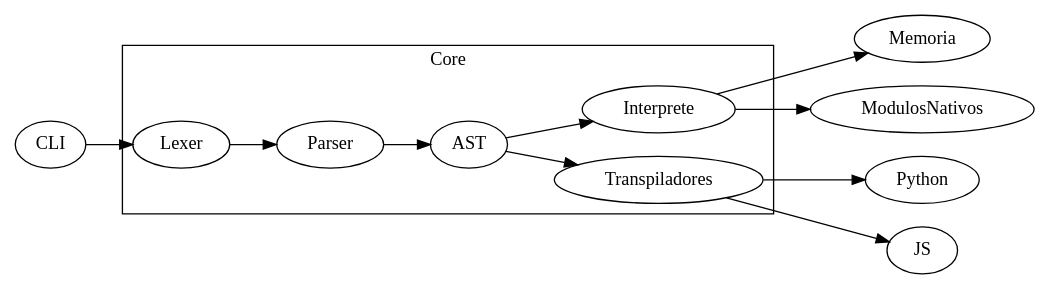
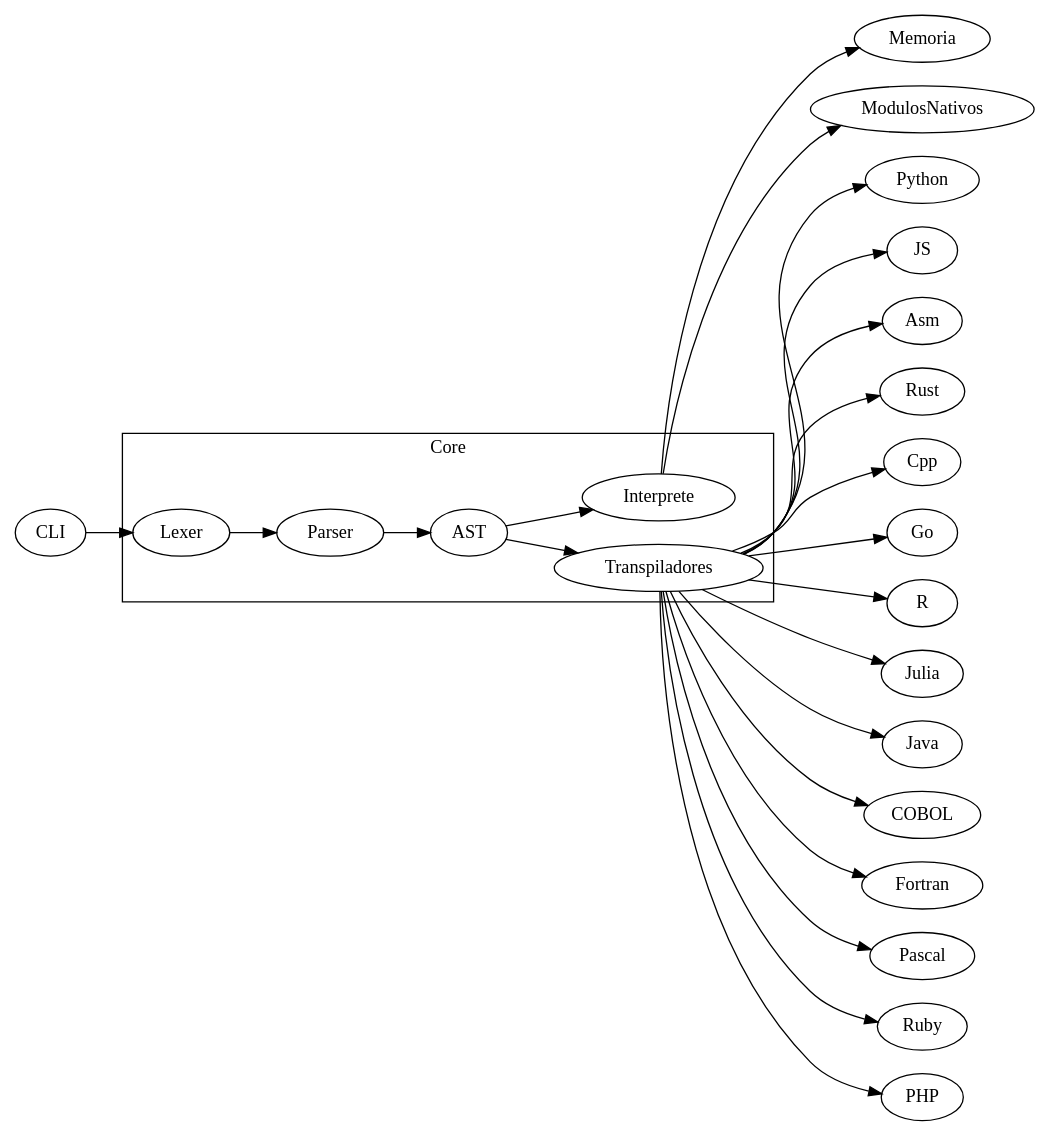
Before and after one commit to Alphonsus411/pCobra: the diagram in frontend/docs/arquitectura.rst, drawn with Graphviz. The commit also changed other lines of this file and 7 other files, not shown here.

Commit message:
docs: add Ruby and PHP support

```diff
--- a/frontend/docs/arquitectura.rst
+++ b/frontend/docs/arquitectura.rst
@@ -38,16 +38,16 @@
 .. graphviz::
    :caption: Relación entre los módulos
 
    digraph cobra {
        rankdir=LR;
        subgraph cluster_core {
            label="Core";
            Lexer -> Parser -> AST;
            AST -> Interprete;
            AST -> Transpiladores;
        }
        CLI -> Lexer;
    Interprete -> Memoria;
    Interprete -> ModulosNativos;
-   Transpiladores -> {Python JS};
+   Transpiladores -> {Python JS Asm Rust Cpp Go R Julia Java COBOL Fortran Pascal Ruby PHP};
    }
```
